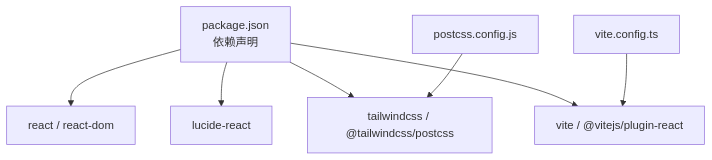
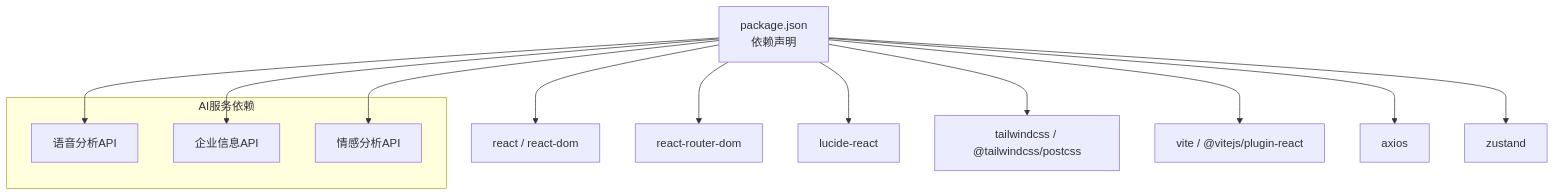
The sixth of 6 diagrams in .qoder/repowiki/zh/content/核心组件/核心组件.md (xianjianshenqu/SalesFlow-CRM), drawn with Mermaid before and after one commit. The commit also changed other lines of this file and 17 other files, not shown here.

````diff
--- a/.qoder/repowiki/zh/content/核心组件/核心组件.md
+++ b/.qoder/repowiki/zh/content/核心组件/核心组件.md
@@ -244,9 +349,18 @@
 ```mermaid
 graph TB
 P["package.json<br/>依赖声明"] --> R["react / react-dom"]
+P --> RR["react-router-dom"]
 P --> I["lucide-react"]
 P --> T["tailwindcss / @tailwindcss/postcss"]
 P --> V["vite / @vitejs/plugin-react"]
-PC["postcss.config.js"] --> T
-VC["vite.config.ts"] --> V
+P --> AX["axios"]
+P --> Z["zustand"]
+subgraph "AI服务依赖"
+A1["语音分析API"]
+A2["企业信息API"]
+A3["情感分析API"]
+end
+P --> A1
+P --> A2
+P --> A3
 ```
````
